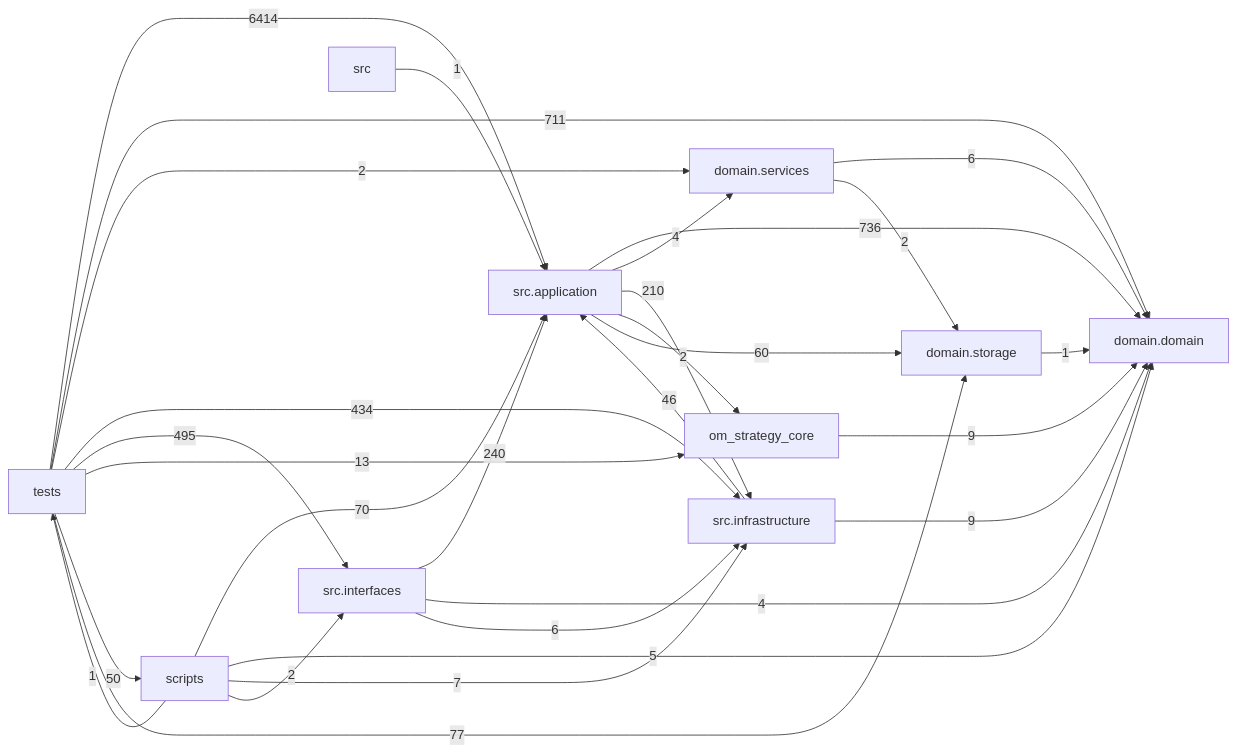
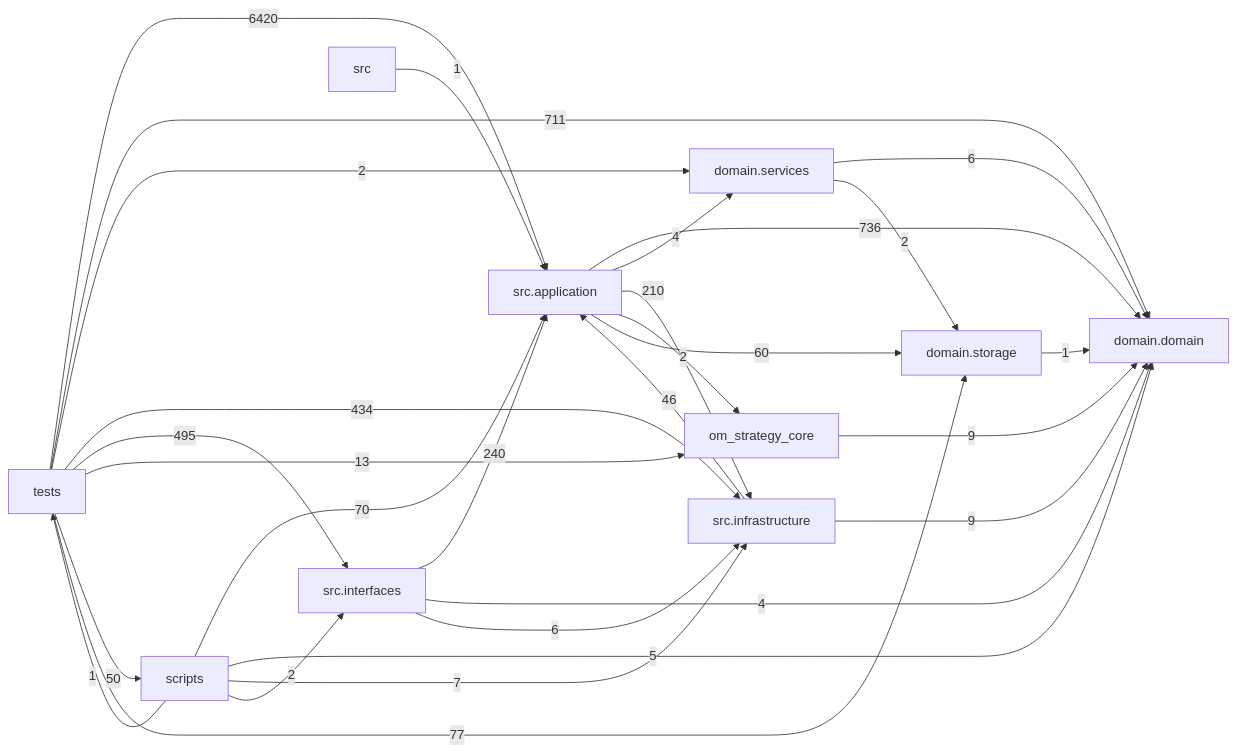
The diagram in docs/DEPENDENCY_GRAPH.md (liuxie066/options-monitor), drawn with Mermaid before and after one commit. The commit also changed other lines of this file and 3 other files, not shown here.

````diff
--- a/docs/DEPENDENCY_GRAPH.md
+++ b/docs/DEPENDENCY_GRAPH.md
@@ -24,39 +24,39 @@
 ```mermaid
 flowchart LR
   tests["tests"]
   scripts["scripts"]
   interfaces["src.interfaces"]
   application["src.application"]
   infrastructure["src.infrastructure"]
   domain_services["domain.services"]
   domain["domain.domain"]
   storage["domain.storage"]
   application -->|736| domain
   application -->|4| domain_services
   application -->|210| infrastructure
   application -->|2| om_strategy_core
   application -->|60| storage
   domain_services -->|6| domain
   domain_services -->|2| storage
   infrastructure -->|46| application
   infrastructure -->|9| domain
   interfaces -->|240| application
   interfaces -->|4| domain
   interfaces -->|6| infrastructure
   om_strategy_core -->|9| domain
   scripts -->|70| application
   scripts -->|5| domain
   scripts -->|7| infrastructure
   scripts -->|2| interfaces
   scripts -->|1| tests
   src -->|1| application
   storage -->|1| domain
-  tests -->|6414| application
+  tests -->|6420| application
   tests -->|711| domain
   tests -->|2| domain_services
   tests -->|434| infrastructure
   tests -->|495| interfaces
   tests -->|13| om_strategy_core
   tests -->|50| scripts
   tests -->|77| storage
 ```
````
